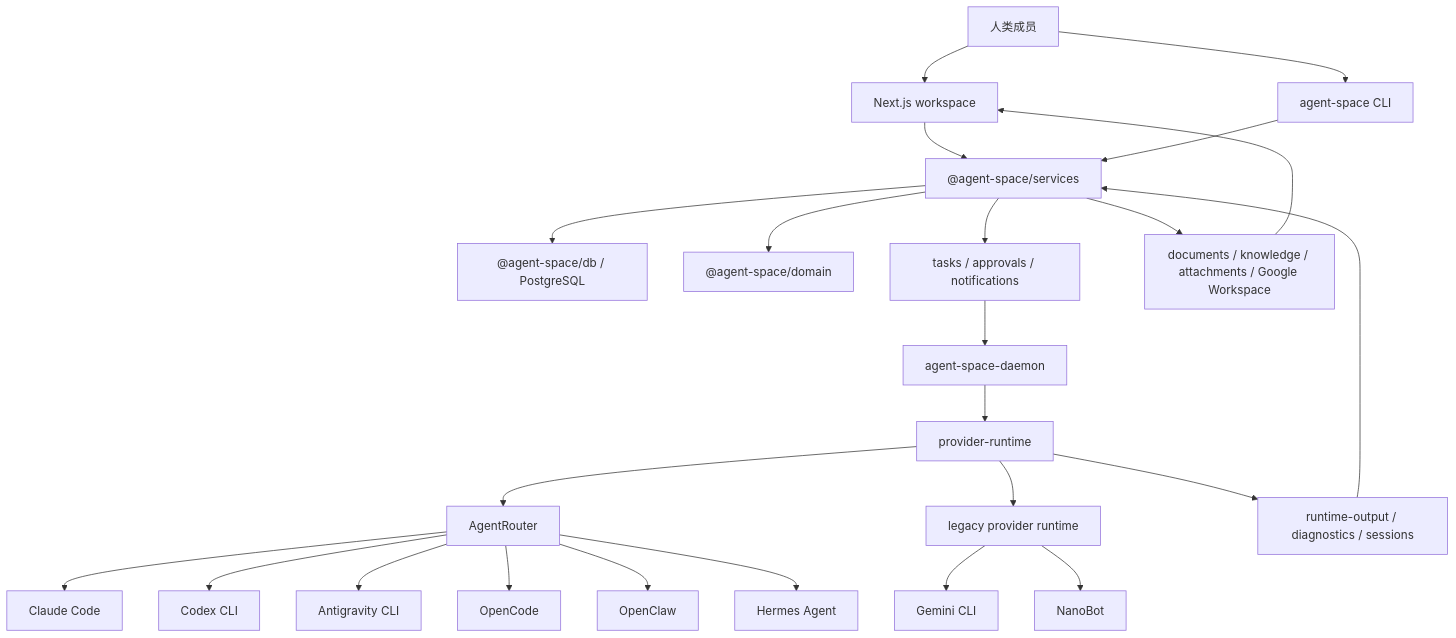
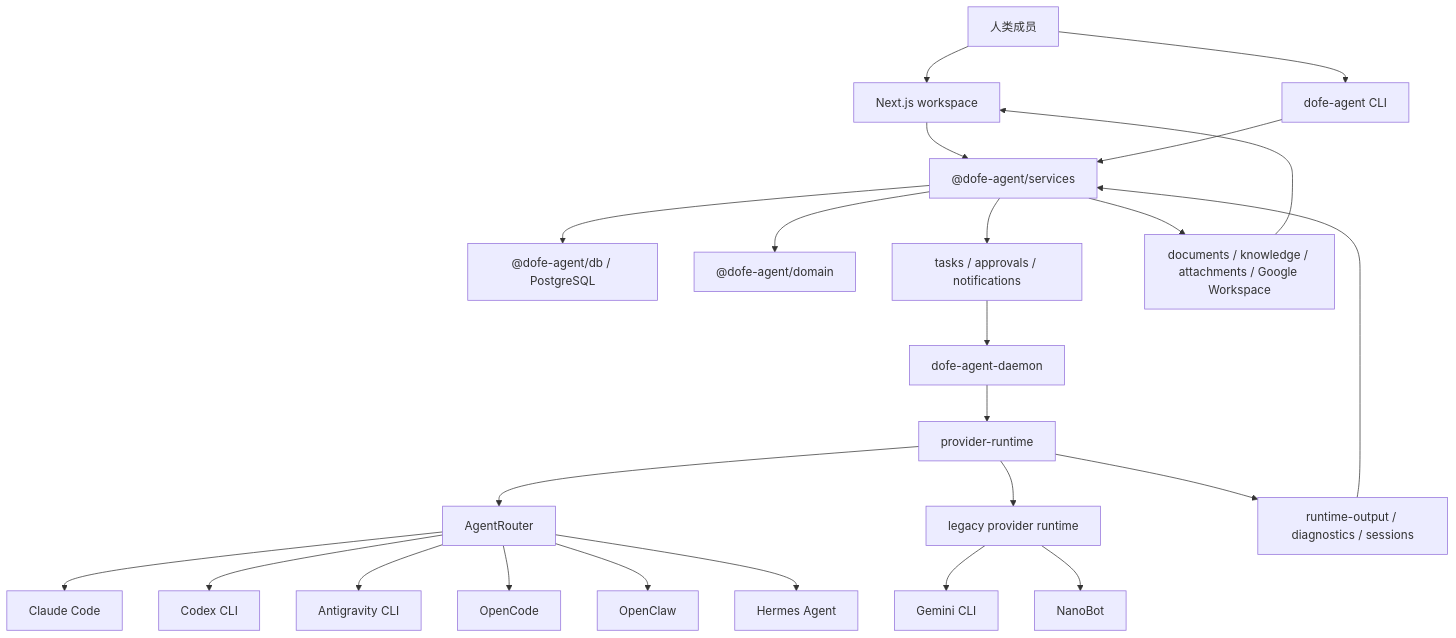
One commit to iTechwu/AgentSpace changed the diagram in README_ZH.md. Above: the diagram before and after it, drawn with Mermaid. The commit also changed other lines of this file and 502 other files, not shown here.

First line of the commit message:
refactor: update project structure and configuration for DofeAgent

````diff
--- a/README_ZH.md
+++ b/README_ZH.md
@@ -345,26 +348,26 @@
 ```mermaid
 flowchart TD
   User["人类成员"] --> Web["Next.js workspace"]
-  User --> CLI["agent-space CLI"]
-  Web --> Services["@agent-space/services"]
+  User --> CLI["dofe-agent CLI"]
+  Web --> Services["@dofe-agent/services"]
   CLI --> Services
-  Services --> DB["@agent-space/db / PostgreSQL"]
-  Services --> Domain["@agent-space/domain"]
+  Services --> DB["@dofe-agent/db / PostgreSQL"]
+  Services --> Domain["@dofe-agent/domain"]
   Services --> Queue["tasks / approvals / notifications"]
-  Queue --> Daemon["agent-space-daemon"]
+  Queue --> Daemon["dofe-agent-daemon"]
   Daemon --> Runtime["provider-runtime"]
   Runtime --> Router["AgentRouter"]
   Runtime --> Legacy["legacy provider runtime"]
   Router --> Claude["Claude Code"]
   Router --> Codex["Codex CLI"]
   Router --> Antigravity["Antigravity CLI"]
   Router --> OpenCode["OpenCode"]
   Router --> OpenClaw["OpenClaw"]
   Router --> Hermes["Hermes Agent"]
   Legacy --> Gemini["Gemini CLI"]
   Legacy --> NanoBot["NanoBot"]
   Runtime --> Output["runtime-output / diagnostics / sessions"]
   Output --> Services
   Services --> Docs["documents / knowledge / attachments / Google Workspace"]
   Docs --> Web
 ```
````
